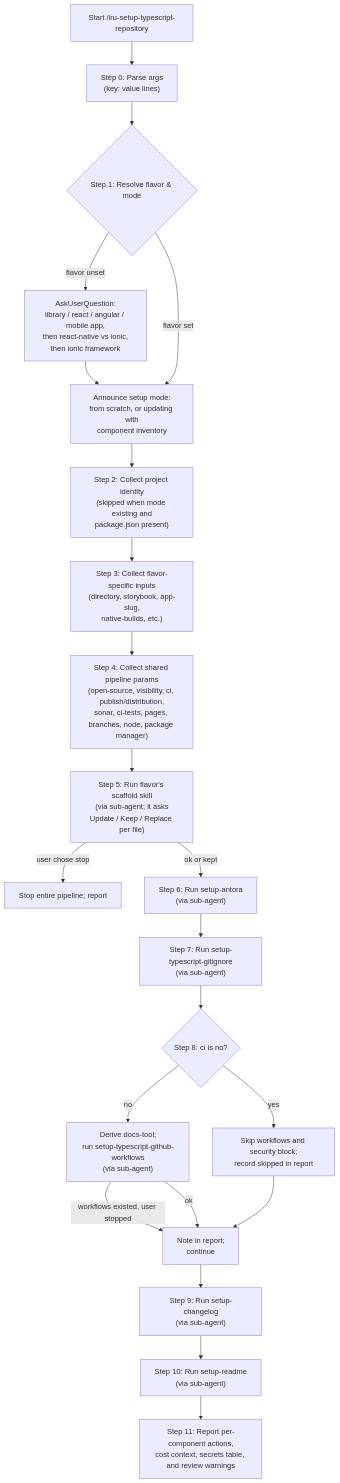
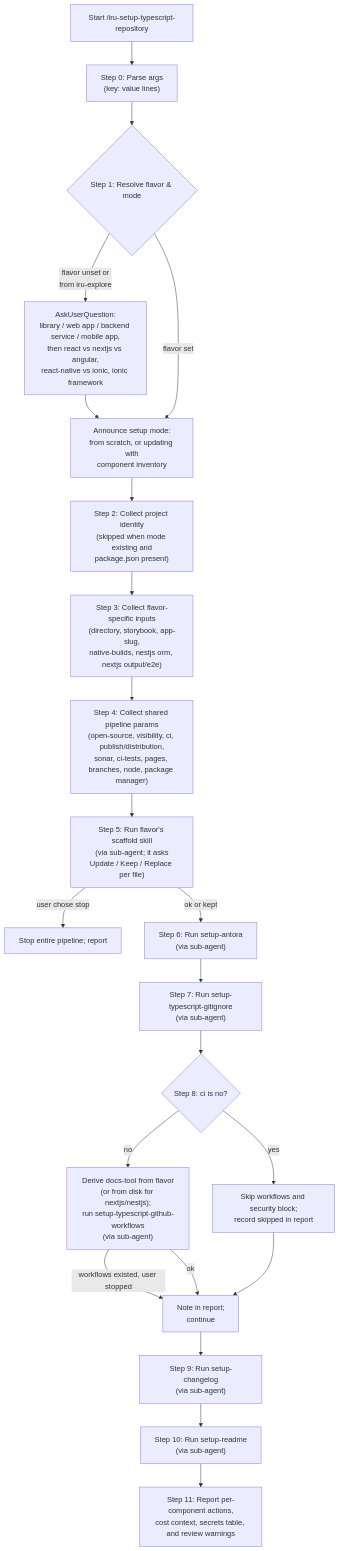
Before and after one commit to albertoirurueta/ai-catalog: the diagram in docs/modules/ROOT/pages/skills/iru-setup-typescript-repository.adoc, drawn with Mermaid. The commit also changed other lines of this file and 234 other files, not shown here.

```diff
--- a/docs/modules/ROOT/pages/skills/iru-setup-typescript-repository.adoc
+++ b/docs/modules/ROOT/pages/skills/iru-setup-typescript-repository.adoc
@@ -160,25 +182,25 @@
 [mermaid]
 ....
 flowchart TD
     A[Start /iru-setup-typescript-repository] --> B["Step 0: Parse args\n(key: value lines)"]
     B --> C{"Step 1: Resolve flavor &amp; mode"}
-    C -- flavor unset --> C1["AskUserQuestion:\nlibrary / react / angular / mobile app,\nthen react-native vs ionic,\nthen ionic framework"]
+    C -- flavor unset or\nfrom iru-explore --> C1["AskUserQuestion:\nlibrary / web app / backend service / mobile app,\nthen react vs nextjs vs angular,\nreact-native vs ionic, ionic framework"]
     C1 --> C2
     C -- flavor set --> C2["Announce setup mode:\nfrom scratch, or updating with\ncomponent inventory"]
     C2 --> D["Step 2: Collect project identity\n(skipped when mode existing and\npackage.json present)"]
-    D --> E["Step 3: Collect flavor-specific inputs\n(directory, storybook, app-slug,\nnative-builds, etc.)"]
+    D --> E["Step 3: Collect flavor-specific inputs\n(directory, storybook, app-slug,\nnative-builds, nestjs orm, nextjs output/e2e)"]
     E --> F["Step 4: Collect shared pipeline params\n(open-source, visibility, ci, publish/distribution,\nsonar, ci-tests, pages, branches, node, package manager)"]
     F --> I["Step 5: Run flavor's scaffold skill\n(via sub-agent; it asks\nUpdate / Keep / Replace per file)"]
     I -- user chose stop --> J[Stop entire pipeline; report]
     I -- ok or kept --> K["Step 6: Run setup-antora\n(via sub-agent)"]
     K --> L["Step 7: Run setup-typescript-gitignore\n(via sub-agent)"]
     L --> L2{"Step 8: ci is no?"}
     L2 -- yes --> L3["Skip workflows and security block;\nrecord skipped in report"]
-    L2 -- no --> M["Derive docs-tool;\nrun setup-typescript-github-workflows\n(via sub-agent)"]
+    L2 -- no --> M["Derive docs-tool from flavor\n(or from disk for nextjs/nestjs);\nrun setup-typescript-github-workflows\n(via sub-agent)"]
     M -- workflows existed, user stopped --> N["Note in report;\ncontinue"]
     M -- ok --> N
     L3 --> N
     N --> O["Step 9: Run setup-changelog\n(via sub-agent)"]
     O --> P["Step 10: Run setup-readme\n(via sub-agent)"]
     P --> Q["Step 11: Report per-component actions,\ncost context, secrets table, and review warnings"]
 ....
```
